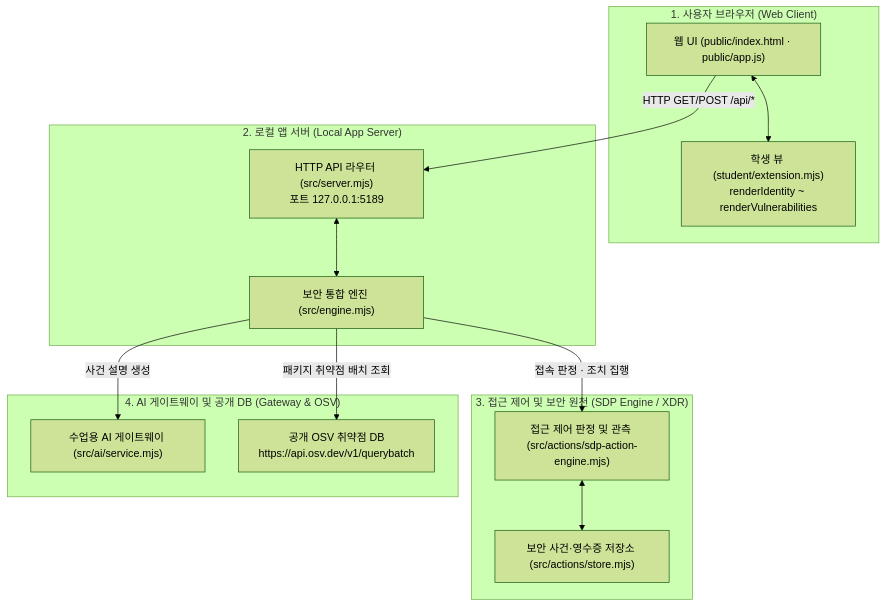
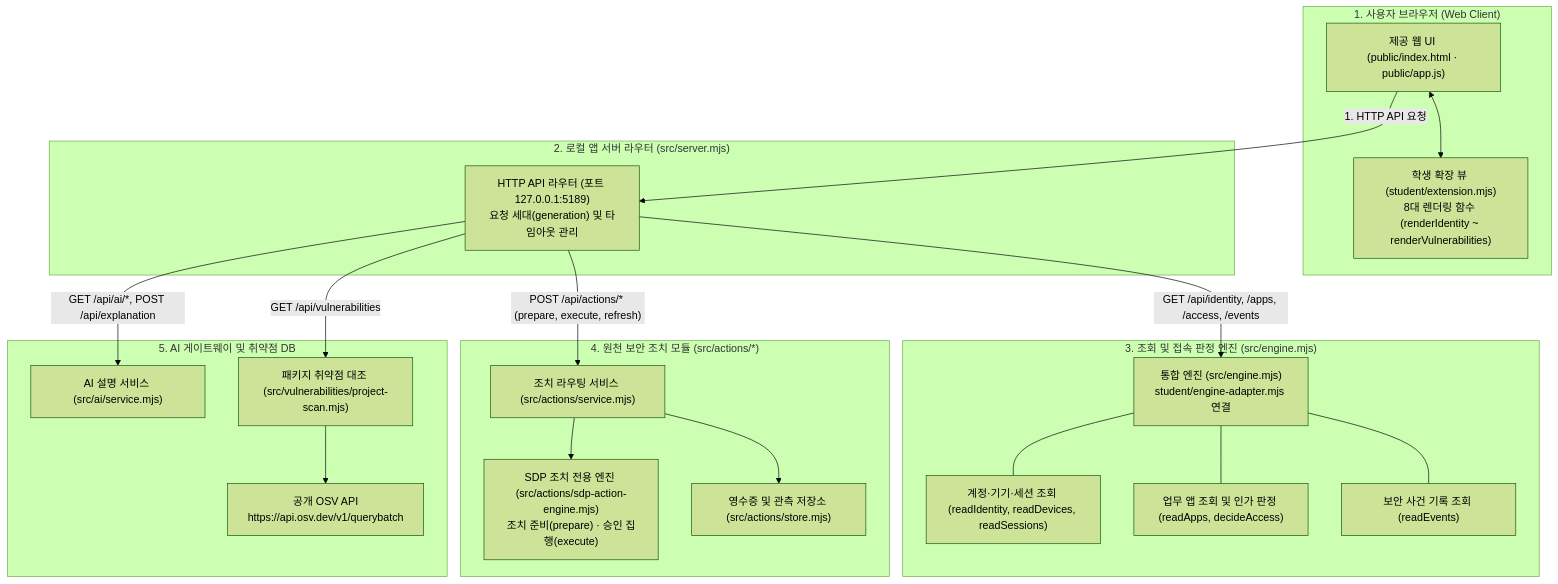
One commit to JYCHOI02/ALEPH-sec-pro changed the diagram in on-client/docs/STUDENT_RUNBOOK.md. Above: the diagram before and after it, drawn with Mermaid (forest theme). The commit also changed other lines of this file and 2 other files, not shown here.

Commit message:
1단계: 심사 피드백 5대 항목 반영 및 실제 코드 일치 개정 (STUDENT_RUNBOOK.md)

````diff
--- a/on-client/docs/STUDENT_RUNBOOK.md
+++ b/on-client/docs/STUDENT_RUNBOOK.md
@@ -120,30 +134,43 @@
 ```mermaid
 graph TD
     subgraph Browser ["1. 사용자 브라우저 (Web Client)"]
-        UI["웹 UI (public/index.html · public/app.js)"]
-        StudentBox["학생 뷰 (student/extension.mjs)<br/>renderIdentity ~ renderVulnerabilities"]
-        UI <--> StudentBox
+        UI["제공 웹 UI (public/index.html · public/app.js)"]
+        StudentView["학생 확장 뷰 (student/extension.mjs)<br/>8대 렌더링 함수 (renderIdentity ~ renderVulnerabilities)"]
+        UI <--> StudentView
     end
 
-    subgraph AppServer ["2. 로컬 앱 서버 (Local App Server)"]
-        HTTP["HTTP API 라우터 (src/server.mjs)<br/>포트 127.0.0.1:5189"]
-        Engine["보안 통합 엔진 (src/engine.mjs)"]
-        HTTP <--> Engine
+    subgraph ServerRouter ["2. 로컬 앱 서버 라우터 (src/server.mjs)"]
+        HTTP["HTTP API 라우터 (포트 127.0.0.1:5189)<br/>요청 세대(generation) 및 타임아웃 관리"]
     end
 
-    subgraph SecurityBackend ["3. 접근 제어 및 보안 원천 (SDP Engine / XDR)"]
-        SDP["접근 제어 판정 및 관측 (src/actions/sdp-action-engine.mjs)"]
-        Store["보안 사건·영수증 저장소 (src/actions/store.mjs)"]
-        SDP <--> Store
+    subgraph CoreEngine ["3. 조회 및 접속 판정 엔진 (src/engine.mjs)"]
+        EngineModule["통합 엔진 (src/engine.mjs)<br/>student/engine-adapter.mjs 연결"]
+        IdentityHandler["계정·기기·세션 조회 (readIdentity, readDevices, readSessions)"]
+        AccessHandler["업무 앱 조회 및 인가 판정 (readApps, decideAccess)"]
+        EventsHandler["보안 사건 기록 조회 (readEvents)"]
+        EngineModule --- IdentityHandler
+        EngineModule --- AccessHandler
+        EngineModule --- EventsHandler
     end
 
-    subgraph ExternalGateway ["4. AI 게이트웨이 및 공개 DB (Gateway & OSV)"]
-        AIGW["수업용 AI 게이트웨이 (src/ai/service.mjs)"]
-        OSV["공개 OSV 취약점 DB<br/>https://api.osv.dev/v1/querybatch"]
+    subgraph ActionModule ["4. 원천 보안 조치 모듈 (src/actions/*)"]
+        ActionService["조치 라우팅 서비스 (src/actions/service.mjs)"]
+        ActionEngine["SDP 조치 전용 엔진 (src/actions/sdp-action-engine.mjs)<br/>조치 준비(prepare) · 승인 집행(execute)"]
+        ActionStore["영수증 및 관측 저장소 (src/actions/store.mjs)"]
+        ActionService --> ActionEngine
+        ActionService --> ActionStore
     end
 
-    UI -- "HTTP GET/POST /api/*" --> HTTP
-    Engine -- "접속 판정 · 조치 집행" --> SDP
-    Engine -- "사건 설명 생성" --> AIGW
-    Engine -- "패키지 취약점 배치 조회" --> OSV
+    subgraph ExternalServices ["5. AI 게이트웨이 및 취약점 DB"]
+        AIService["AI 설명 서비스 (src/ai/service.mjs)"]
+        OSVScanner["패키지 취약점 대조 (src/vulnerabilities/project-scan.mjs)"]
+        OSVAPI["공개 OSV API<br/>https://api.osv.dev/v1/querybatch"]
+        OSVScanner --> OSVAPI
+    end
+
+    UI -- "1. HTTP API 요청" --> HTTP
+    HTTP -- "GET /api/identity, /apps, /access, /events" --> EngineModule
+    HTTP -- "POST /api/actions/* (prepare, execute, refresh)" --> ActionService
+    HTTP -- "GET /api/ai/*, POST /api/explanation" --> AIService
+    HTTP -- "GET /api/vulnerabilities" --> OSVScanner
 ```
````
